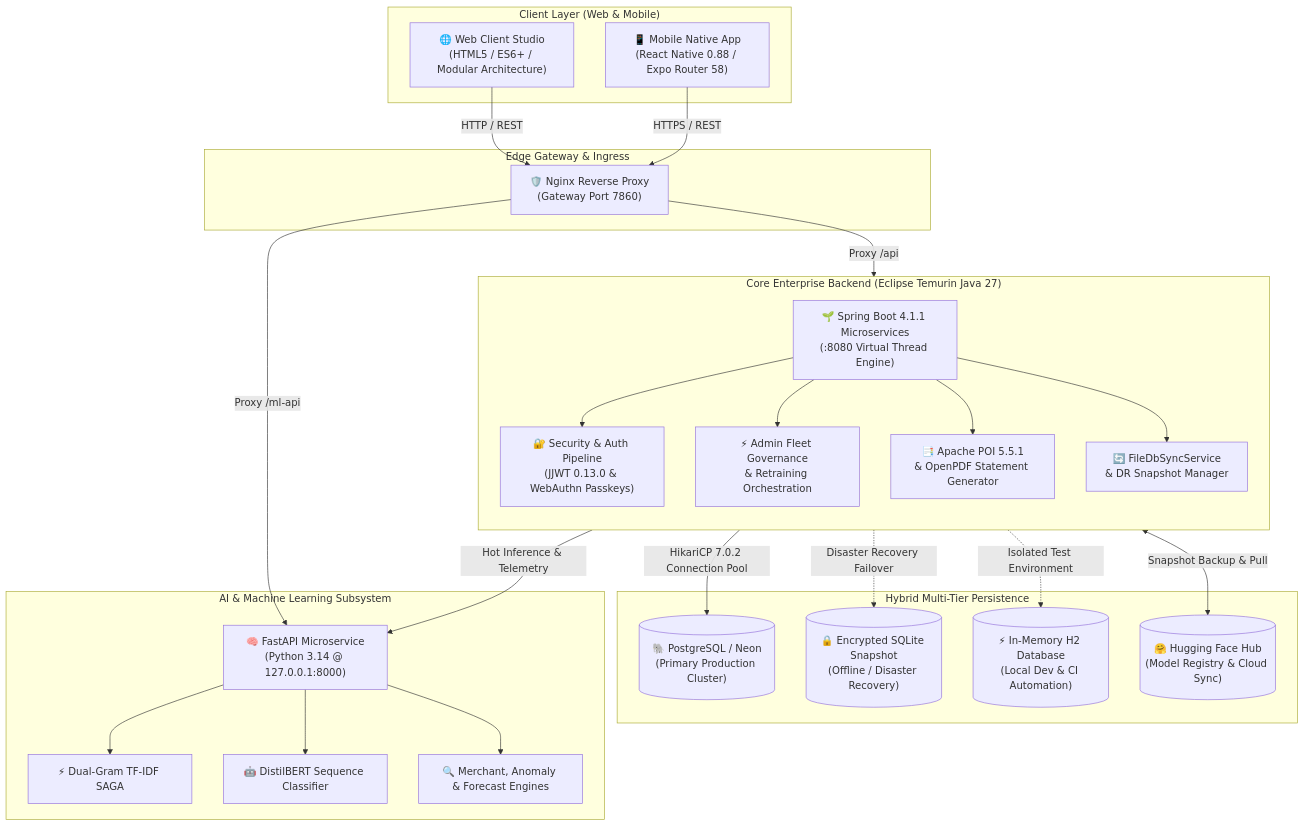
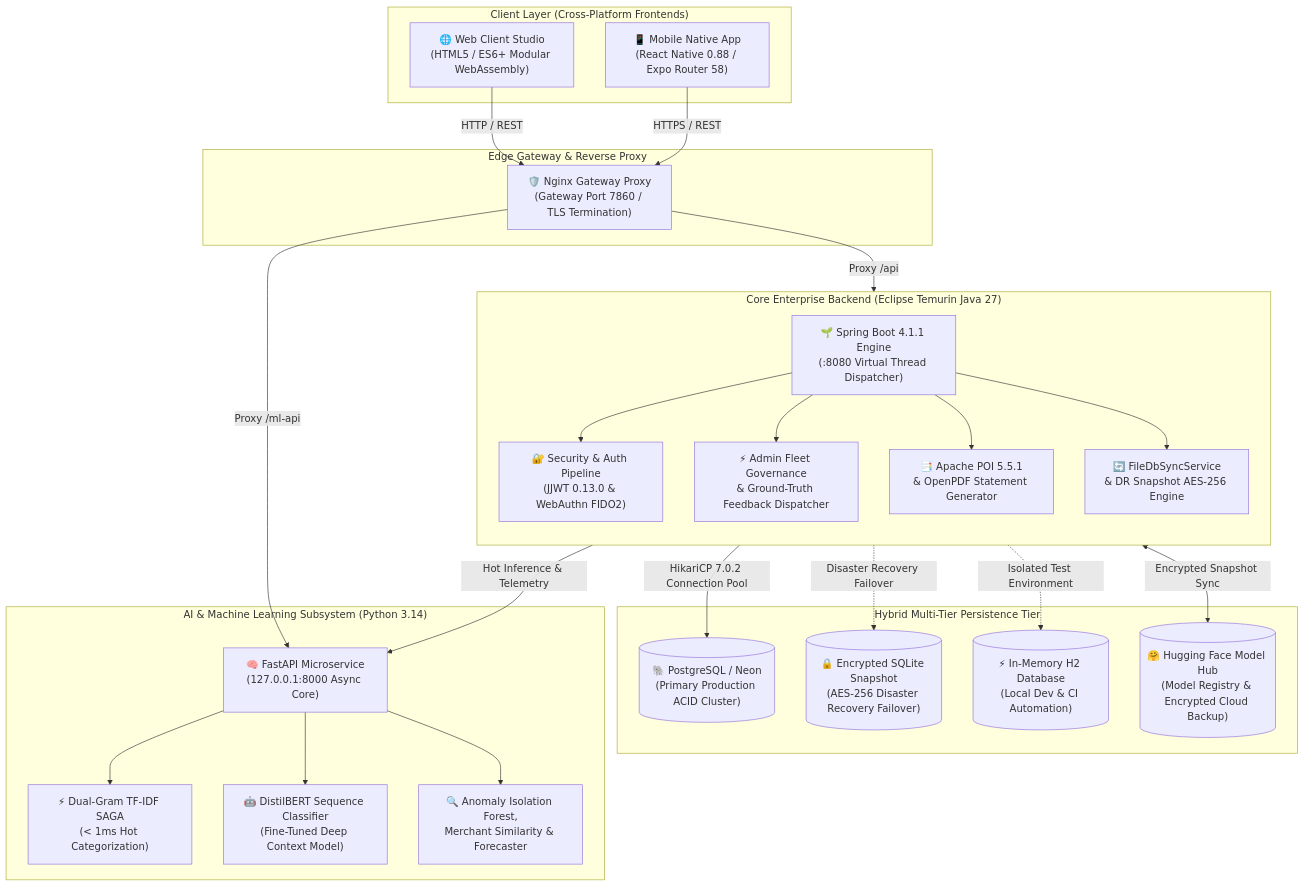
Before and after one commit to Yoge-2004/expense-tracker: the first of 6 diagrams in README.md, drawn with Mermaid. The commit also changed other lines of this file, not shown here.

Commit message:
docs: overhaul README with modern design, architectural ERD, state machines, and complete feature deep dives

````diff
--- a/README.md
+++ b/README.md
@@ -100,55 +155,55 @@
 ```mermaid
 flowchart TD
-    subgraph Clients ["Client Layer (Web & Mobile)"]
-        Web["🌐 Web Client Studio<br/>(HTML5 / ES6+ / Modular Architecture)"]
+    subgraph Clients ["Client Layer (Cross-Platform Frontends)"]
+        Web["🌐 Web Client Studio<br/>(HTML5 / ES6+ Modular WebAssembly)"]
         Mobile["📱 Mobile Native App<br/>(React Native 0.88 / Expo Router 58)"]
     end
 
-    subgraph Ingress ["Edge Gateway & Ingress"]
-        Nginx["🛡️ Nginx Reverse Proxy<br/>(Gateway Port 7860)"]
+    subgraph Ingress ["Edge Gateway & Reverse Proxy"]
+        Nginx["🛡️ Nginx Gateway Proxy<br/>(Gateway Port 7860 / TLS Termination)"]
     end
 
     subgraph CoreBackend ["Core Enterprise Backend (Eclipse Temurin Java 27)"]
         direction TB
-        Boot["🌱 Spring Boot 4.1.1 Microservices<br/>(:8080 Virtual Thread Engine)"]
-        Security["🔐 Security & Auth Pipeline<br/>(JJWT 0.13.0 & WebAuthn Passkeys)"]
-        AdminFleet["⚡ Admin Fleet Governance<br/>& Retraining Orchestration"]
-        DataSync["🔄 FileDbSyncService<br/>& DR Snapshot Manager"]
+        Boot["🌱 Spring Boot 4.1.1 Engine<br/>(:8080 Virtual Thread Dispatcher)"]
+        Security["🔐 Security & Auth Pipeline<br/>(JJWT 0.13.0 & WebAuthn FIDO2)"]
+        AdminFleet["⚡ Admin Fleet Governance<br/>& Ground-Truth Feedback Dispatcher"]
+        DataSync["🔄 FileDbSyncService<br/>& DR Snapshot AES-256 Engine"]
         ExcelEngine["📑 Apache POI 5.5.1<br/>& OpenPDF Statement Generator"]
     end
 
-    subgraph MLEngine ["AI & Machine Learning Subsystem"]
-        FastAPI["🧠 FastAPI Microservice<br/>(Python 3.14 @ 127.0.0.1:8000)"]
-        TFIDF["⚡ Dual-Gram TF-IDF SAGA"]
-        Transformer["🤖 DistilBERT Sequence Classifier"]
-        AuxModels["🔍 Merchant, Anomaly & Forecast Engines"]
+    subgraph MLEngine ["AI & Machine Learning Subsystem (Python 3.14)"]
+        FastAPI["🧠 FastAPI Microservice<br/>(127.0.0.1:8000 Async Core)"]
+        TFIDF["⚡ Dual-Gram TF-IDF SAGA<br/>(< 1ms Hot Categorization)"]
+        Transformer["🤖 DistilBERT Sequence Classifier<br/>(Fine-Tuned Deep Context Model)"]
+        AuxModels["🔍 Anomaly Isolation Forest,<br/>Merchant Similarity & Forecaster"]
     end
 
-    subgraph PersistenceTier ["Hybrid Multi-Tier Persistence"]
-        Postgres[("🐘 PostgreSQL / Neon<br/>(Primary Production Cluster)")]
-        SQLite[("🔒 Encrypted SQLite Snapshot<br/>(Offline / Disaster Recovery)")]
+    subgraph PersistenceTier ["Hybrid Multi-Tier Persistence Tier"]
+        Postgres[("🐘 PostgreSQL / Neon<br/>(Primary Production ACID Cluster)")]
+        SQLite[("🔒 Encrypted SQLite Snapshot<br/>(AES-256 Disaster Recovery Failover)")]
         H2[("⚡ In-Memory H2 Database<br/>(Local Dev & CI Automation)")]
-        HFHub[("🤗 Hugging Face Hub<br/>(Model Registry & Cloud Sync)")]
+        HFHub[("🤗 Hugging Face Model Hub<br/>(Model Registry & Encrypted Cloud Backup)")]
     end
 
     Web -->|HTTP / REST| Nginx
     Mobile -->|HTTPS / REST| Nginx
 
     Nginx -->|Proxy /api| Boot
     Nginx -->|Proxy /ml-api| FastAPI
 
     Boot --> Security
     Boot --> AdminFleet
     Boot --> ExcelEngine
     Boot --> DataSync
 
     AdminFleet -->|Hot Inference & Telemetry| FastAPI
     FastAPI --> TFIDF
     FastAPI --> Transformer
     FastAPI --> AuxModels
 
     Boot -->|HikariCP 7.0.2 Connection Pool| Postgres
     Boot -.->|Disaster Recovery Failover| SQLite
     Boot -.->|Isolated Test Environment| H2
-    DataSync <-->|Snapshot Backup & Pull| HFHub
+    DataSync <-->|Encrypted Snapshot Sync| HFHub
 ```
````
